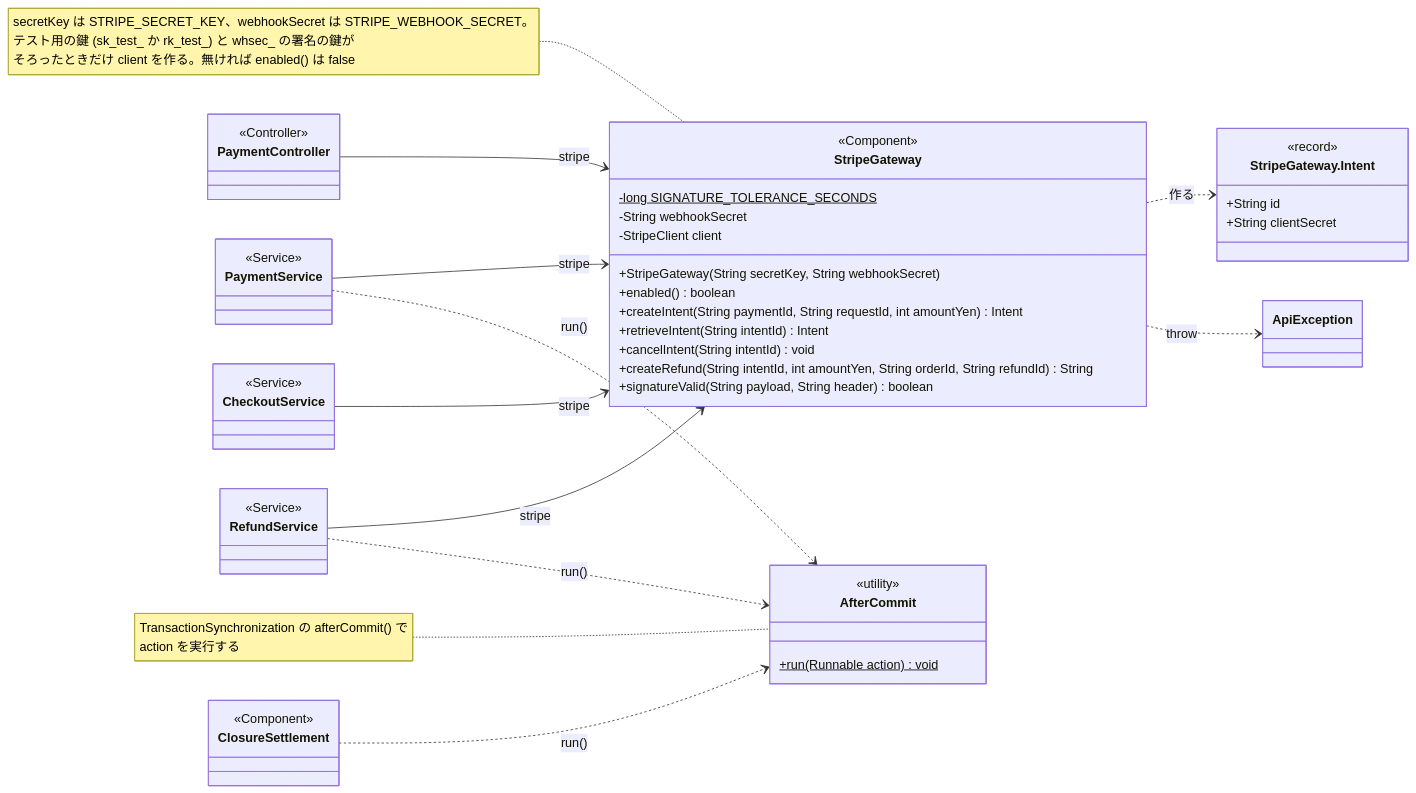
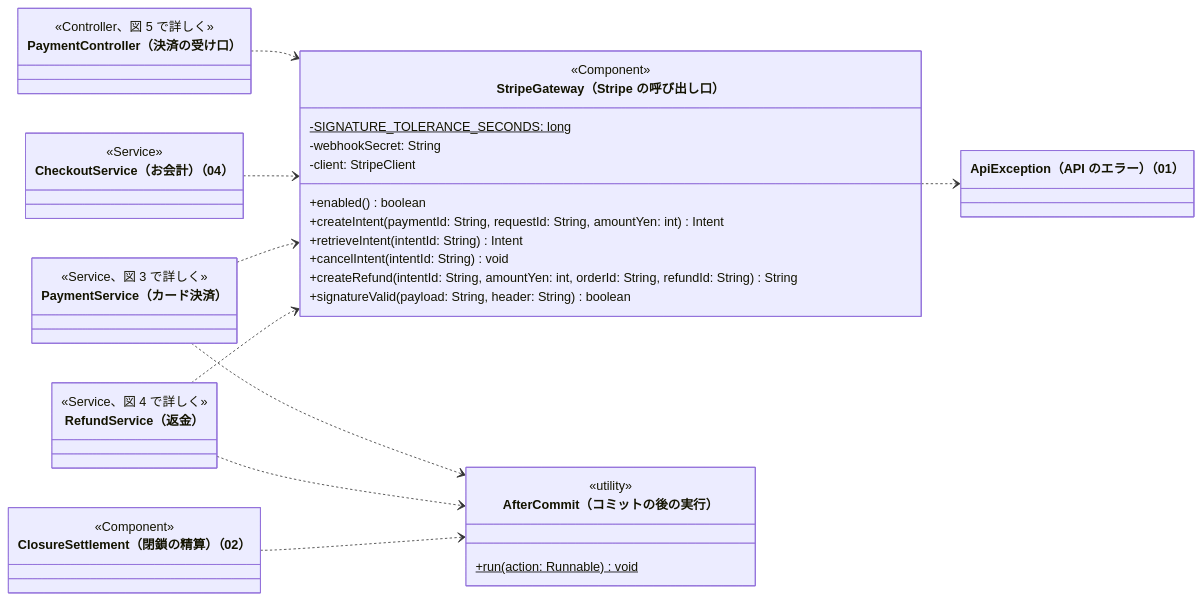
One commit to abeouga/kusakari-document changed the second of 6 diagrams in クラス図/kusakari-ec/05_決済.md. Above: the diagram before and after it, drawn with Mermaid. The commit also changed other lines of this file and 87 other files, not shown here.

Commit message:
EC のクラス図に全体図を足し、詳細図をデータとモジュールの図に分けて書き直す

````diff
--- a/クラス図/kusakari-ec/05_決済.md
+++ b/クラス図/kusakari-ec/05_決済.md
@@ -143,55 +133,45 @@
 ```mermaid
 classDiagram
-  direction LR
-  class StripeGateway {
-    <<Component>>
-    -long SIGNATURE_TOLERANCE_SECONDS$
-    -String webhookSecret
-    -StripeClient client
-    +StripeGateway(String secretKey, String webhookSecret)
-    +enabled() boolean
-    +createIntent(String paymentId, String requestId, int amountYen) Intent
-    +retrieveIntent(String intentId) Intent
-    +cancelIntent(String intentId) void
-    +createRefund(String intentId, int amountYen, String orderId, String refundId) String
-    +signatureValid(String payload, String header) boolean
-  }
-  class Intent["StripeGateway.Intent"] {
-    <<record>>
-    +String id
-    +String clientSecret
-  }
-  class AfterCommit {
-    <<utility>>
-    +run(Runnable action)$ void
-  }
-  class PaymentController {
-    <<Controller>>
-  }
-  class PaymentService {
-    <<Service>>
-  }
-  class RefundService {
-    <<Service>>
-  }
-  class CheckoutService {
-    <<Service>>
-  }
-  class ClosureSettlement {
-    <<Component>>
-  }
-  class ApiException
+    direction LR
+    class PaymentController["PaymentController（決済の受け口）"] {
+        <<Controller、図 5 で詳しく>>
+    }
+    class CheckoutService["CheckoutService（お会計）（04）"] {
+        <<Service>>
+    }
+    class PaymentService["PaymentService（カード決済）"] {
+        <<Service、図 3 で詳しく>>
+    }
+    class RefundService["RefundService（返金）"] {
+        <<Service、図 4 で詳しく>>
+    }
+    class ClosureSettlement["ClosureSettlement（閉鎖の精算）（02）"] {
+        <<Component>>
+    }
+    class StripeGateway["StripeGateway（Stripe の呼び出し口）"] {
+        <<Component>>
+        -SIGNATURE_TOLERANCE_SECONDS: long$
+        -webhookSecret: String
+        -client: StripeClient
+        +enabled() boolean
+        +createIntent(paymentId: String, requestId: String, amountYen: int) Intent
+        +retrieveIntent(intentId: String) Intent
+        +cancelIntent(intentId: String) void
+        +createRefund(intentId: String, amountYen: int, orderId: String, refundId: String) String
+        +signatureValid(payload: String, header: String) boolean
+    }
+    class AfterCommit["AfterCommit（コミットの後の実行）"] {
+        <<utility>>
+        +run(action: Runnable)$ void
+    }
+    class ApiException["ApiException（API のエラー）（01）"]
 
-  StripeGateway ..> Intent : 作る
-  StripeGateway ..> ApiException : throw
-  PaymentController --> StripeGateway : stripe
-  PaymentService --> StripeGateway : stripe
-  RefundService --> StripeGateway : stripe
-  CheckoutService --> StripeGateway : stripe
-  PaymentService ..> AfterCommit : run()
-  RefundService ..> AfterCommit : run()
-  ClosureSettlement ..> AfterCommit : run()
-
-  note for StripeGateway "secretKey は STRIPE_SECRET_KEY、webhookSecret は STRIPE_WEBHOOK_SECRET。<br/>テスト用の鍵 (sk_test_ か rk_test_) と whsec_ の署名の鍵が<br/>そろったときだけ client を作る。無ければ enabled() は false"
-  note for AfterCommit "TransactionSynchronization の afterCommit() で<br/>action を実行する"
+    PaymentController ..> StripeGateway
+    CheckoutService ..> StripeGateway
+    PaymentService ..> StripeGateway
+    RefundService ..> StripeGateway
+    PaymentService ..> AfterCommit
+    RefundService ..> AfterCommit
+    ClosureSettlement ..> AfterCommit
+    StripeGateway ..> ApiException
 ```
````
